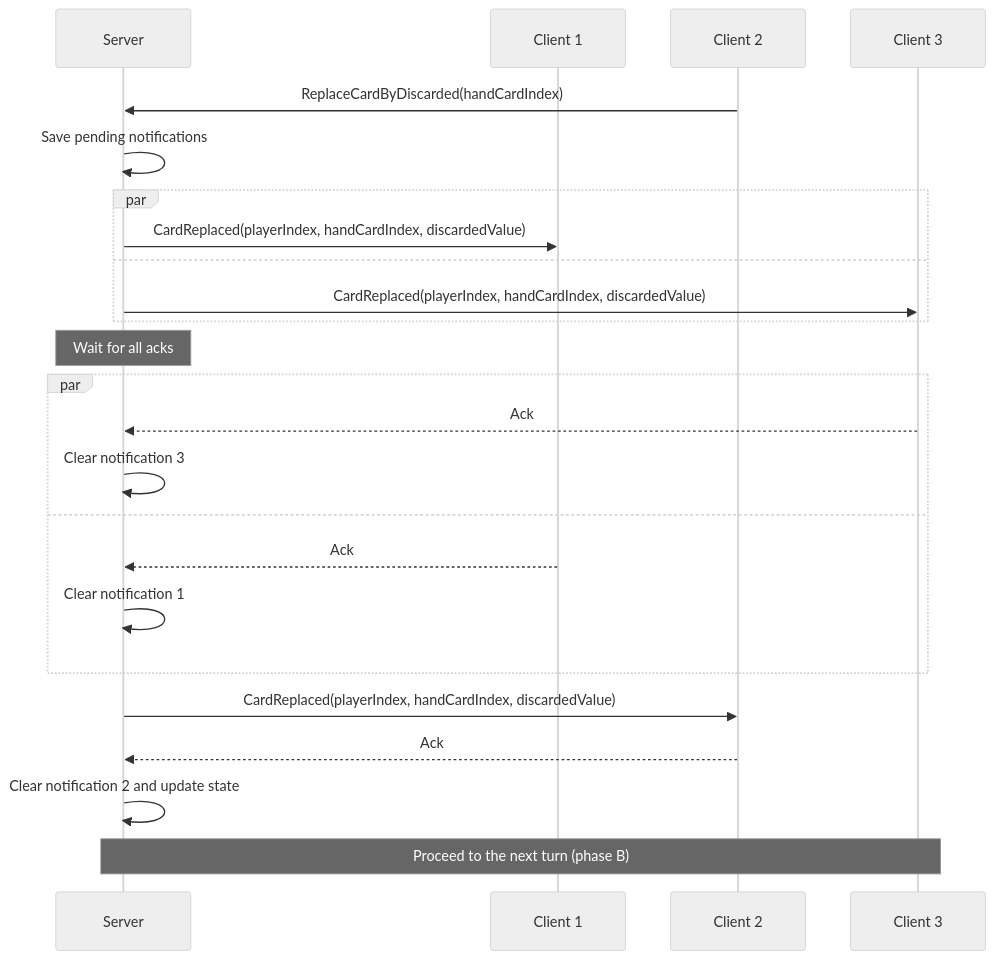
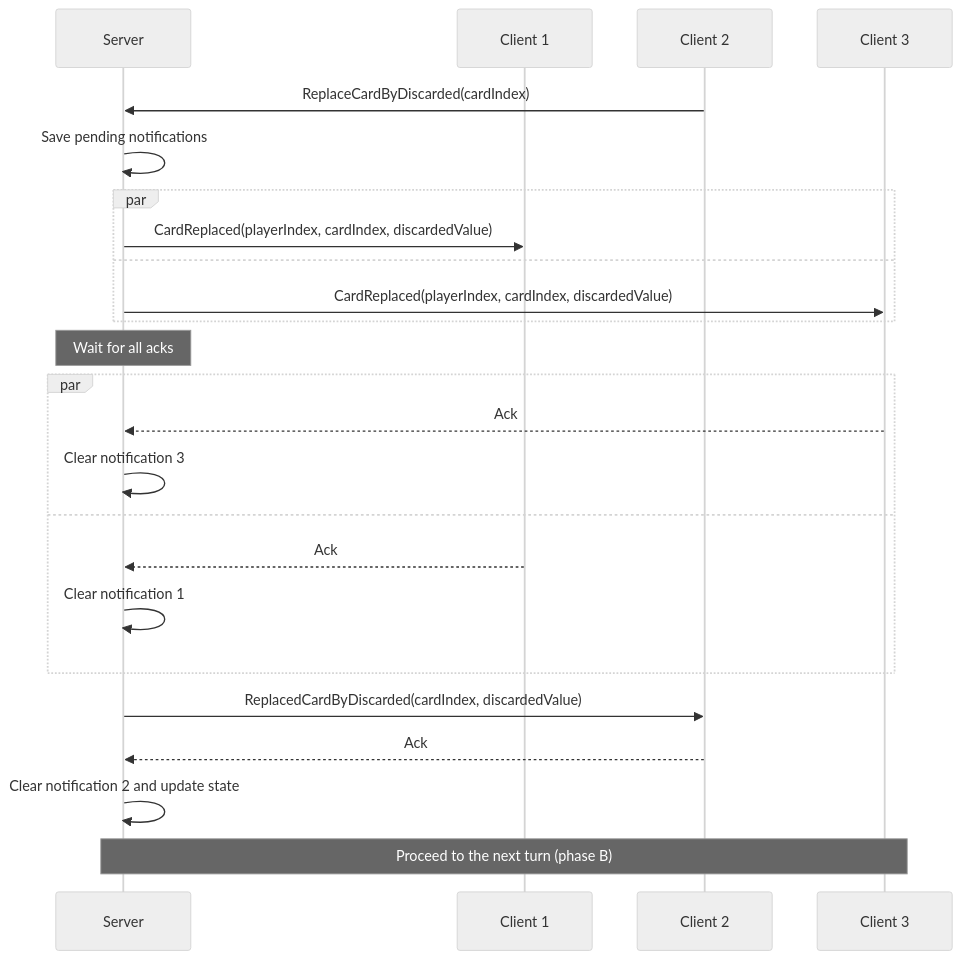
One commit to roman-zubarevich/another changed the fifth of 15 diagrams in README.md. Above: the diagram before and after it, drawn with Mermaid (neutral theme). The commit also changed other lines of this file, not shown here.

````diff
--- a/README.md
+++ b/README.md
@@ -134,26 +134,26 @@
 ```mermaid
 sequenceDiagram
     participant S as Server
     participant C1 as Client 1
     participant C2 as Client 2
     participant C3 as Client 3
-    C2->>S: ReplaceCardByDiscarded(handCardIndex)
+    C2->>S: ReplaceCardByDiscarded(cardIndex)
     S->>S: Save pending notifications
     par
-        S->>C1: CardReplaced(playerIndex, handCardIndex, discardedValue)
+        S->>C1: CardReplaced(playerIndex, cardIndex, discardedValue)
     and
-        S->>C3: CardReplaced(playerIndex, handCardIndex, discardedValue)
+        S->>C3: CardReplaced(playerIndex, cardIndex, discardedValue)
     end
     Note over S: Wait for all acks
     par
         C3-->>S: Ack
         S->>S: Clear notification 3
     and
         C1-->>S: Ack
         S->>S: Clear notification 1
     end
-    S->>C2: CardReplaced(playerIndex, handCardIndex, discardedValue)
+    S->>C2: ReplacedCardByDiscarded(cardIndex, discardedValue)
     C2-->>S: Ack
     S->>S: Clear notification 2 and update state
     Note over S,C3: Proceed to the next turn (phase B)
 ```
````
